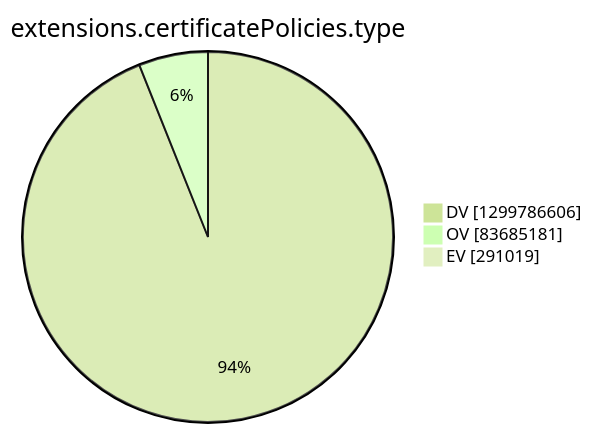
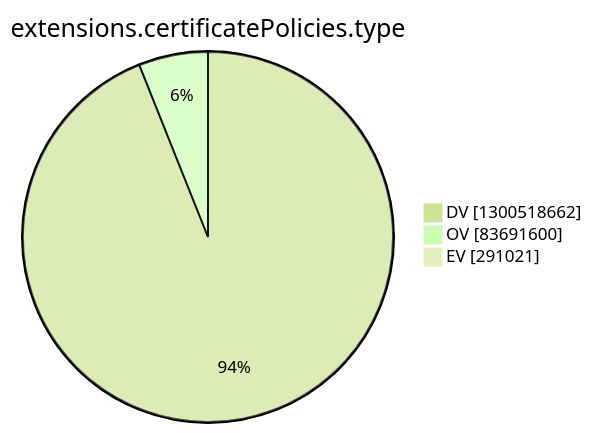
Before and after one commit to christiankrug/ctmonitor_visualization: the tenth of 15 diagrams in argon2022/README.md, drawn with Mermaid (forest theme). The commit also changed other lines of this file, not shown here.

````diff
--- a/argon2022/README.md
+++ b/argon2022/README.md
@@ -2772,7 +2772,7 @@
 ```mermaid
 pie showData
 title extensions.certificatePolicies.type
-"DV" :1299786606
-"OV" :83685181
-"EV" :291019
+"DV" :1300518662
+"OV" :83691600
+"EV" :291021
 ```
````
